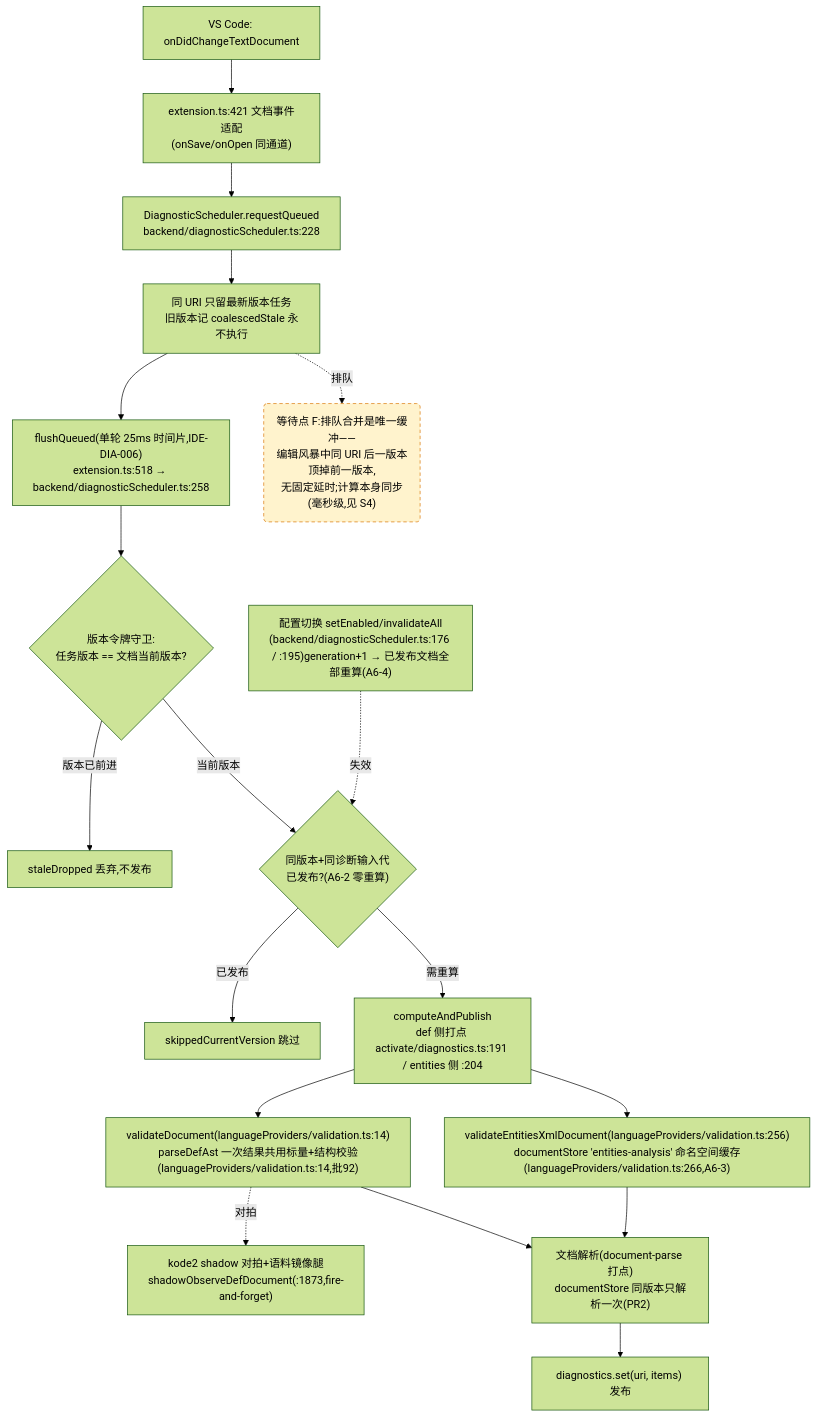
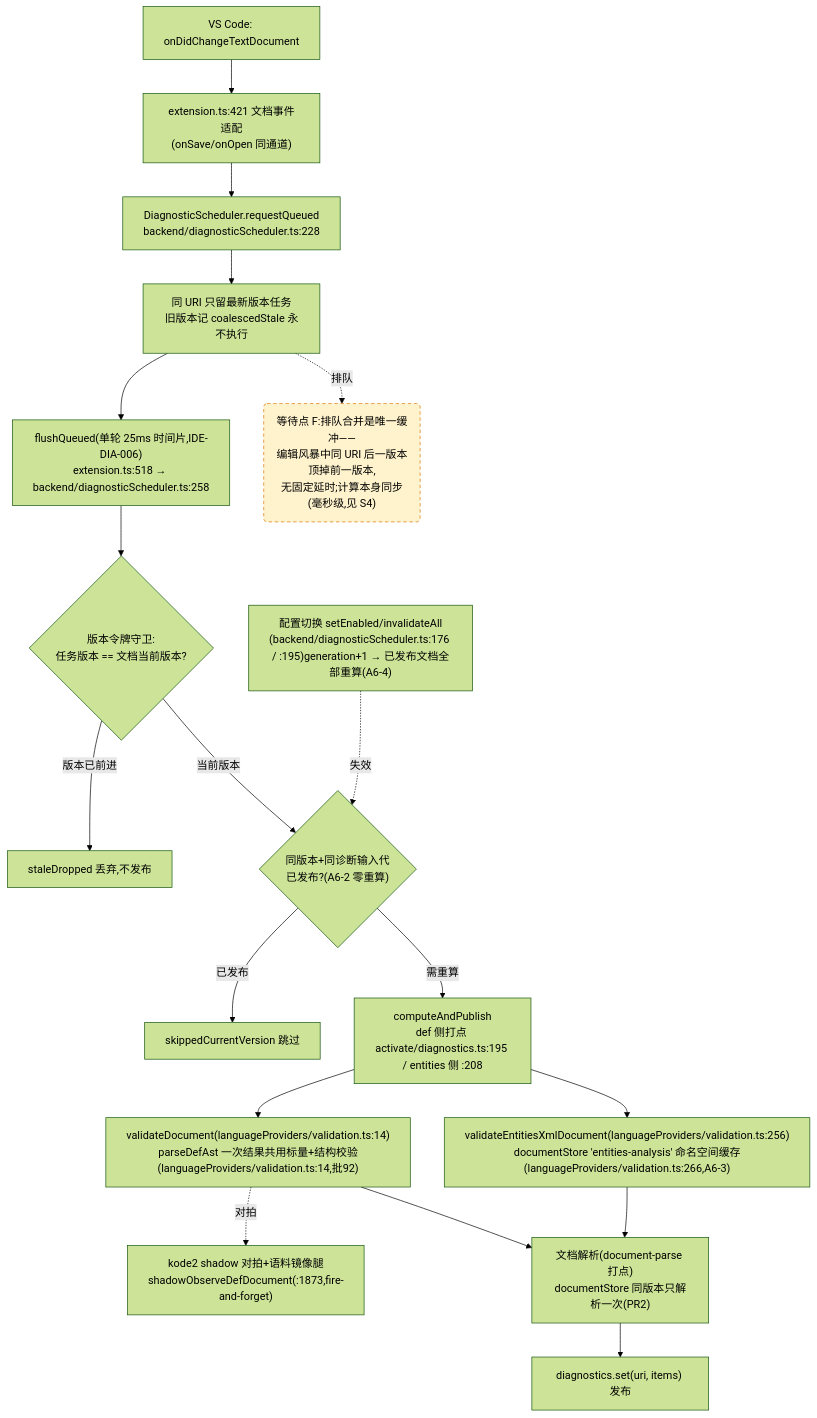
One commit to cuihairu/kode changed the fourth of 4 diagrams in docs/perf/2026-baseline.md. Above: the diagram before and after it, drawn with Mermaid (forest theme). The commit also changed other lines of this file and 12 other files, not shown here.

````diff
--- a/docs/perf/2026-baseline.md
+++ b/docs/perf/2026-baseline.md
@@ -219,38 +220,38 @@
 ```mermaid
 flowchart TD
   CHG["VS Code: onDidChangeTextDocument"]
   WATCH["extension.ts:421 文档事件适配<br/>(onSave/onOpen 同通道)"]
   RQ["DiagnosticScheduler.requestQueued<br/>backend/diagnosticScheduler.ts:228"]
   CO["同 URI 只留最新版本任务<br/>旧版本记 coalescedStale 永不执行"]
   FL["flushQueued(单轮 25ms 时间片,IDE-DIA-006)<br/>extension.ts:518 → backend/diagnosticScheduler.ts:258"]
   VG{"版本令牌守卫:<br/>任务版本 == 文档当前版本?"}
   DROP["staleDropped 丢弃,不发布"]
   GEN{"同版本+同诊断输入代<br/>已发布?(A6-2 零重算)"}
   SKIP["skippedCurrentVersion 跳过"]
-  CALC["computeAndPublish<br/>def 侧打点 activate/diagnostics.ts:191 / entities 侧 :204"]
+  CALC["computeAndPublish<br/>def 侧打点 activate/diagnostics.ts:195 / entities 侧 :208"]
   VD["validateDocument(languageProviders/validation.ts:14)<br/>parseDefAst 一次结果共用标量+结构校验(languageProviders/validation.ts:14,批92)"]
   VEX["validateEntitiesXmlDocument(languageProviders/validation.ts:256)<br/>documentStore 'entities-analysis' 命名空间缓存(languageProviders/validation.ts:266,A6-3)"]
   SHDD["kode2 shadow 对拍+语料镜像腿<br/>shadowObserveDefDocument(:1873,fire-and-forget)"]
   DS["文档解析(document-parse 打点)<br/>documentStore 同版本只解析一次(PR2)"]
   PUB["diagnostics.set(uri, items) 发布"]
   CFG2["配置切换 setEnabled/invalidateAll<br/>(backend/diagnosticScheduler.ts:176 / :195)generation+1 → 已发布文档全部重算(A6-4)"]
 
   CHG --> WATCH --> RQ --> CO --> FL --> VG
   VG -- "版本已前进" --> DROP
   VG -- "当前版本" --> GEN
   GEN -- "已发布" --> SKIP
   GEN -- "需重算" --> CALC
   CALC --> VD
   CALC --> VEX
   VD --> DS
   VEX --> DS
   DS --> PUB
   VD -.->|对拍| SHDD
   CFG2 -.->|失效| GEN
 
   WAITF("等待点 F:排队合并是唯一缓冲——<br/>编辑风暴中同 URI 后一版本顶掉前一版本,<br/>无固定延时;计算本身同步(毫秒级,见 S4)")
   CO -.->|排队| WAITF
 
   classDef waitPoint fill:#fff3cd,stroke:#d97706,stroke-dasharray:5 4;
   class WAITF waitPoint;
 ```
````
